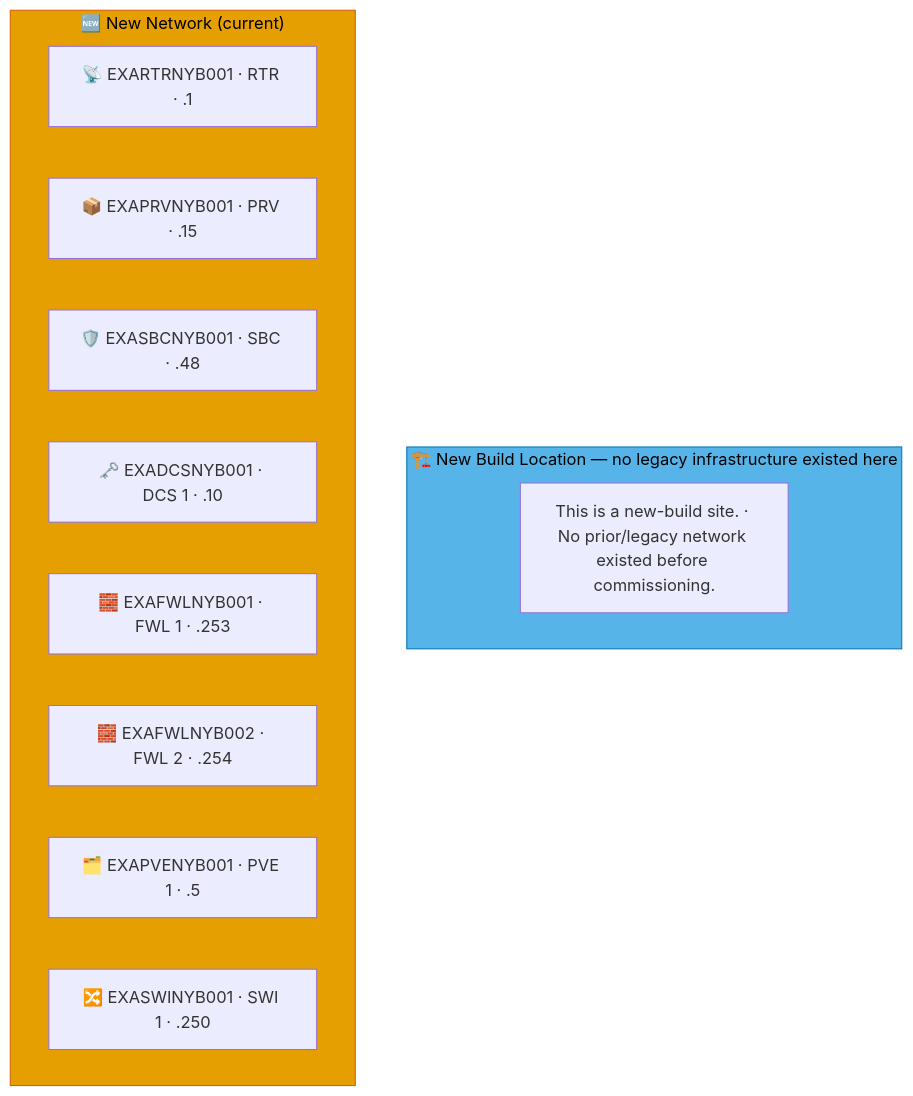
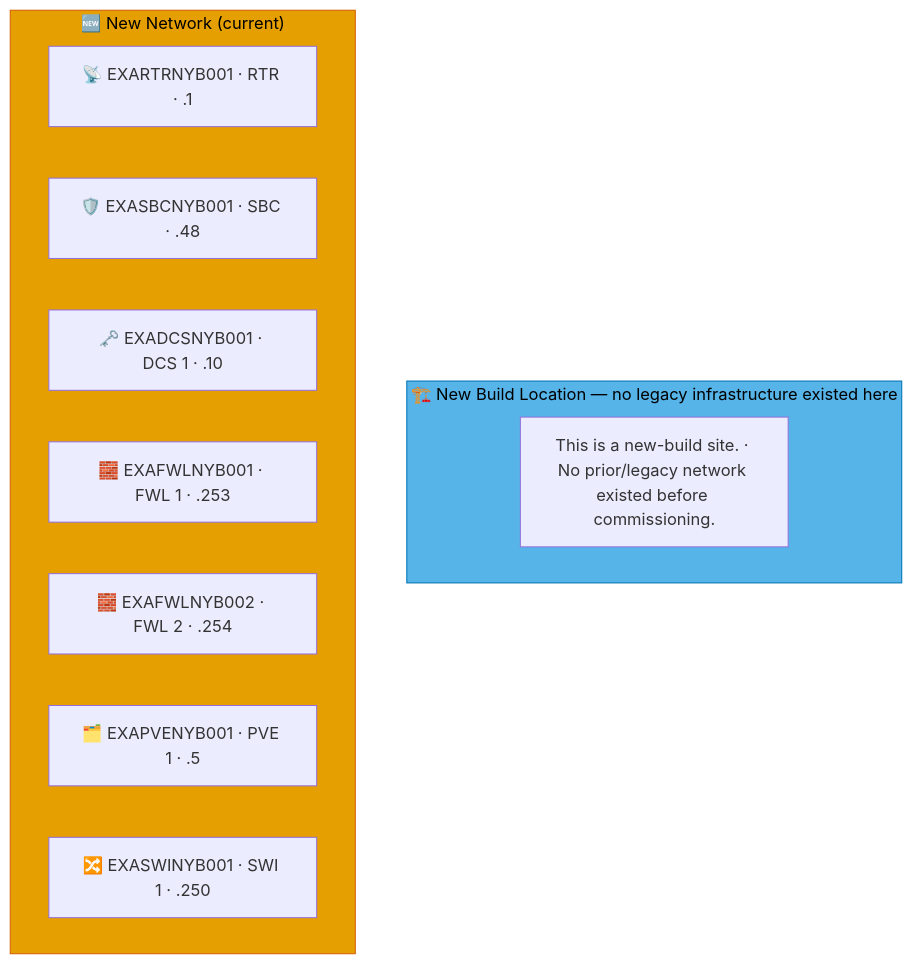
The ninth of 9 diagrams in docs/network-diagram/danmark.md (knightmare2600/example_music_infra), drawn with Mermaid before and after one commit. The commit also changed other lines of this file and 55 other files, not shown here.

````diff
--- a/docs/network-diagram/danmark.md
+++ b/docs/network-diagram/danmark.md
@@ -397,20 +390,19 @@
 ```mermaid
 graph TD
     subgraph OLD_NYB ["🏗️ New Build Location — no legacy infrastructure existed here"]
       N_OLD_NOTE["This is a new-build site. · No prior/legacy network existed before commissioning."]
     end
     style OLD_NYB fill:#56B4E9,stroke:#0072B2,color:#000000
     %% GENERATED:NEW-NETWORK:NYB:START
     subgraph NEW_NYB ["🆕 New Network (current)"]
       N_RTR["📡 EXARTRNYB001 · RTR · .1"]
-      N_PRV["📦 EXAPRVNYB001 · PRV · .15"]
       N_SBC["🛡️ EXASBCNYB001 · SBC · .48"]
       N_DCS["🗝️ EXADCSNYB001 · DCS 1 · .10"]
       N_FWL["🧱 EXAFWLNYB001 · FWL 1 · .253"]
       N_FWL2["🧱 EXAFWLNYB002 · FWL 2 · .254"]
       N_PVE["🗂️ EXAPVENYB001 · PVE 1 · .5"]
       N_SWI["🔀 EXASWINYB001 · SWI 1 · .250"]
     end
     style NEW_NYB fill:#E69F00,stroke:#D55E00,color:#000000
     %% GENERATED:NEW-NETWORK:NYB:END
 ```
````
